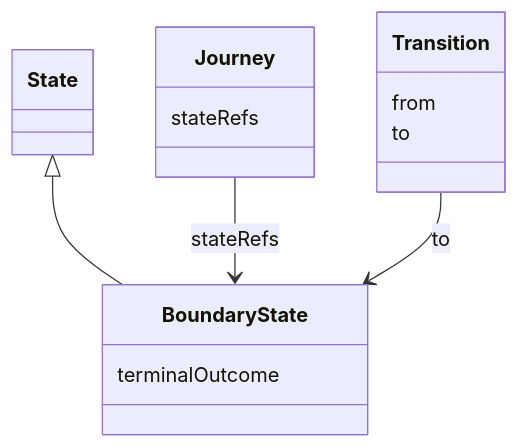
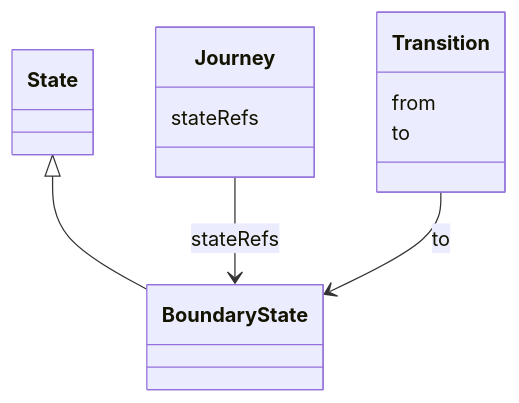
One commit to openuji/spec-ujg changed the fifth of 10 diagrams in specs/ed/graph/index.md. Above: the diagram before and after it, drawn with Mermaid. The commit also changed other lines of this file and 3 other files, not shown here.

````diff
--- a/specs/ed/graph/index.md
+++ b/specs/ed/graph/index.md
@@ -177,18 +231,16 @@
 ```mermaid
 classDiagram
   class State
-  class BoundaryState {
-    terminalOutcome
-  }
+  class BoundaryState
   class Journey {
     stateRefs
   }
   class Transition {
     from
     to
   }
 
   State <|-- BoundaryState
   Journey --> BoundaryState : stateRefs
   Transition --> BoundaryState : to
 ```
````
